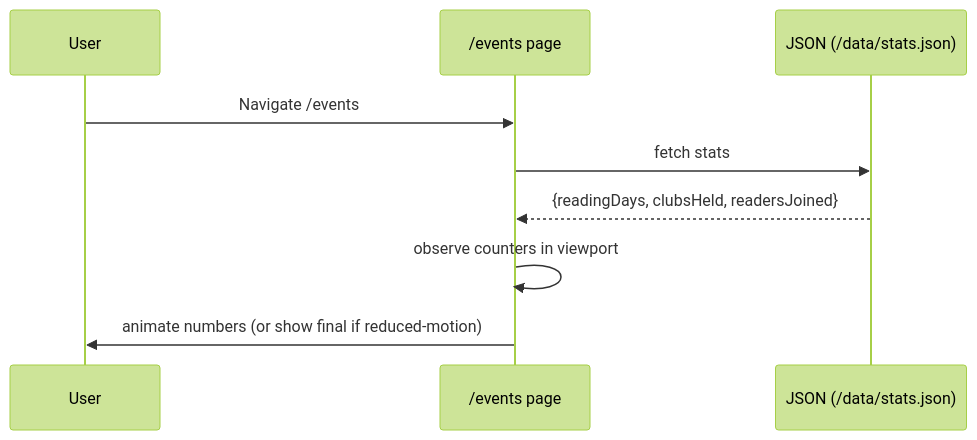
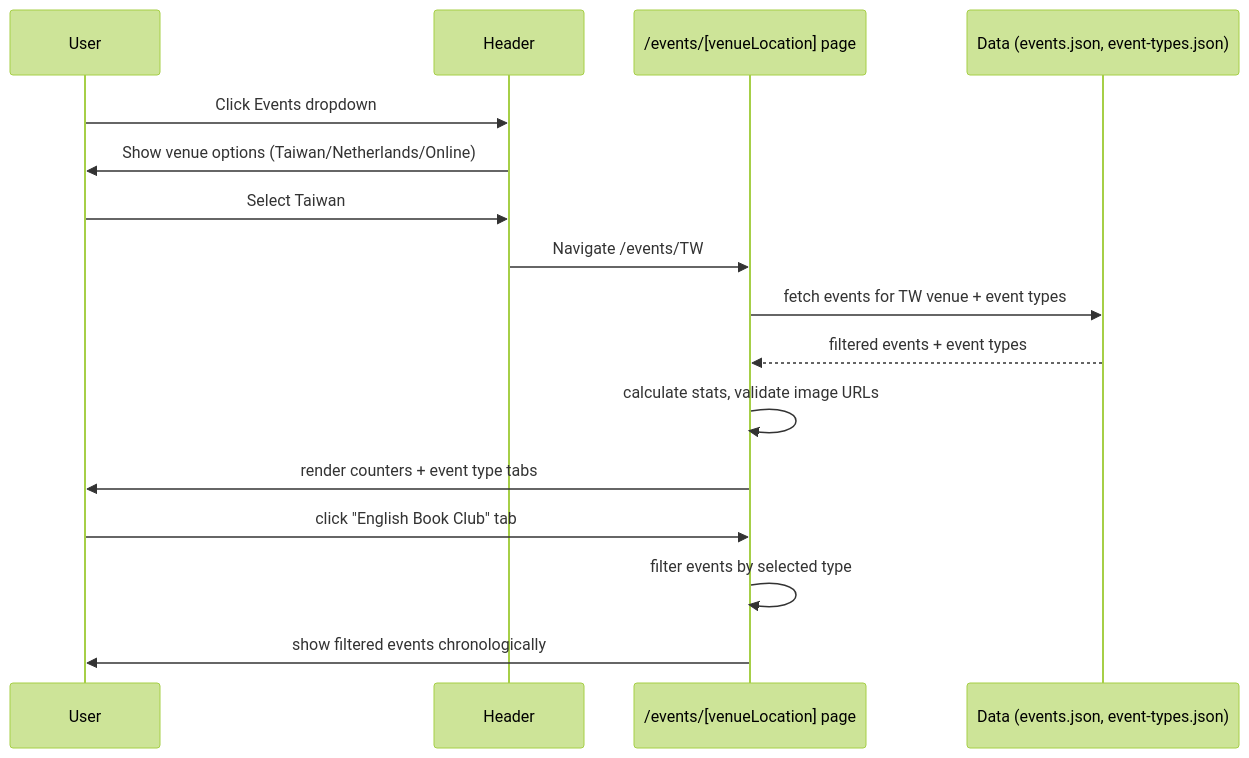
One commit to pwen0329/book-digest-web changed the fifth of 7 diagrams in docs/design.md. Above: the diagram before and after it, drawn with Mermaid (forest theme). The commit also changed other lines of this file and 22 other files, not shown here.

````diff
--- a/docs/design.md
+++ b/docs/design.md
@@ -118,12 +120,19 @@
 ```mermaid
 sequenceDiagram
   participant U as User
-  participant E as /events page
-  participant S as JSON (/data/stats.json)
+  participant H as Header
+  participant E as /events/[venueLocation] page
+  participant D as Data (events.json, event-types.json)
 
-  U->>E: Navigate /events
-  E->>S: fetch stats
-  S-->>E: {readingDays, clubsHeld, readersJoined}
-  E->>E: observe counters in viewport
-  E->>U: animate numbers (or show final if reduced-motion)
+  U->>H: Click Events dropdown
+  H->>U: Show venue options (Taiwan/Netherlands/Online)
+  U->>H: Select Taiwan
+  H->>E: Navigate /events/TW
+  E->>D: fetch events for TW venue + event types
+  D-->>E: filtered events + event types
+  E->>E: calculate stats, validate image URLs
+  E->>U: render counters + event type tabs
+  U->>E: click "English Book Club" tab
+  E->>E: filter events by selected type
+  E->>U: show filtered events chronologically
 ```
````
